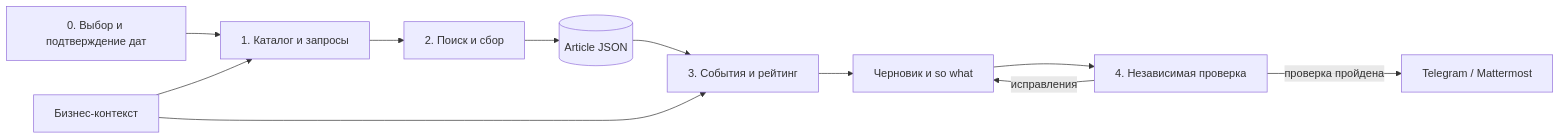
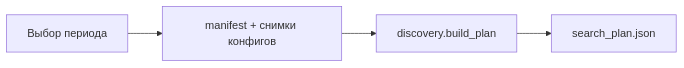
Before and after one commit to astaf7maria-eng/Dating-news: the diagram in docs/architecture.md, drawn with Mermaid. The commit also changed other lines of this file and 32 other files, not shown here.

````diff
--- a/docs/architecture.md
+++ b/docs/architecture.md
@@ -5,13 +5,6 @@
 ```mermaid
 flowchart LR
-    W[0. Выбор и подтверждение дат] --> D[1. Каталог и запросы]
-    C[Бизнес-контекст] --> D
-    D --> I[2. Поиск и сбор]
-    I --> A[(Article JSON)]
-    A --> E[3. События и рейтинг]
-    C --> E
-    E --> P[Черновик и so what]
-    P --> R[4. Независимая проверка]
-    R -->|исправления| P
-    R -->|проверка пройдена| O[Telegram / Mattermost]
+    U[Выбор периода] --> M[manifest + снимки конфигов]
+    M --> D[discovery.build_plan]
+    D --> P[search_plan.json]
 ```
````
